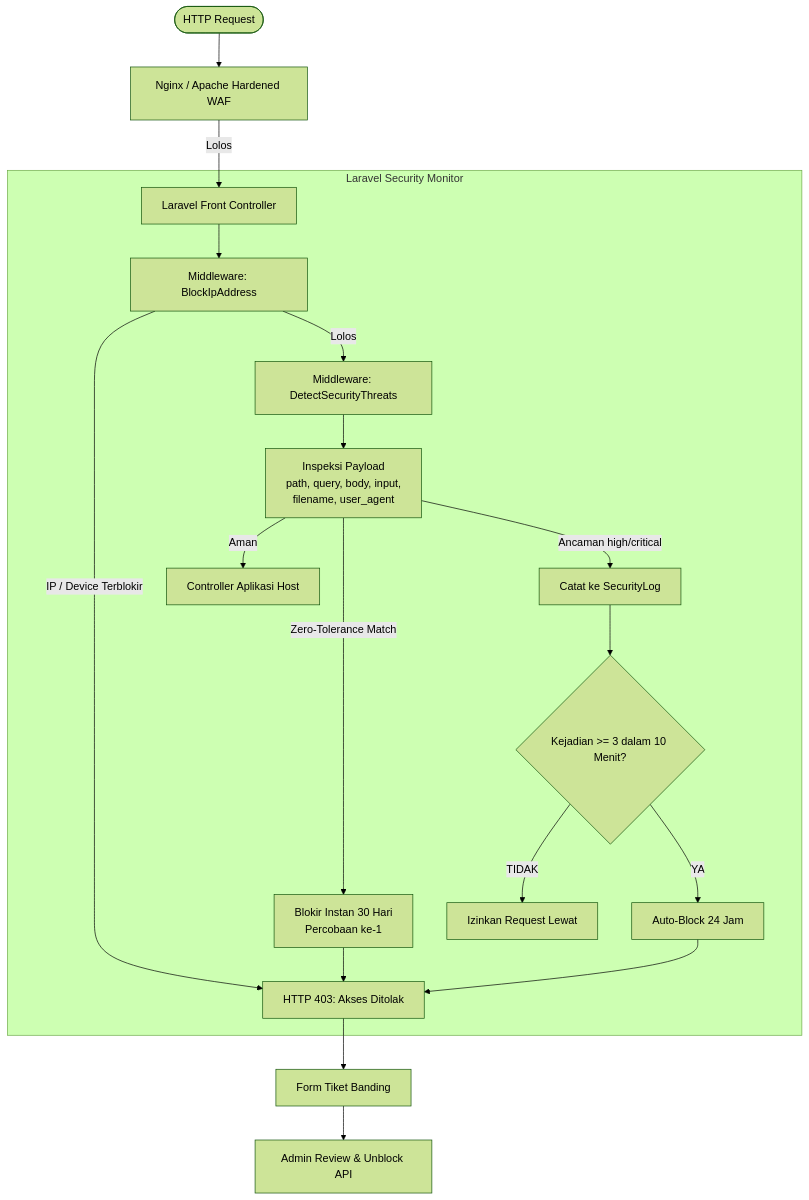
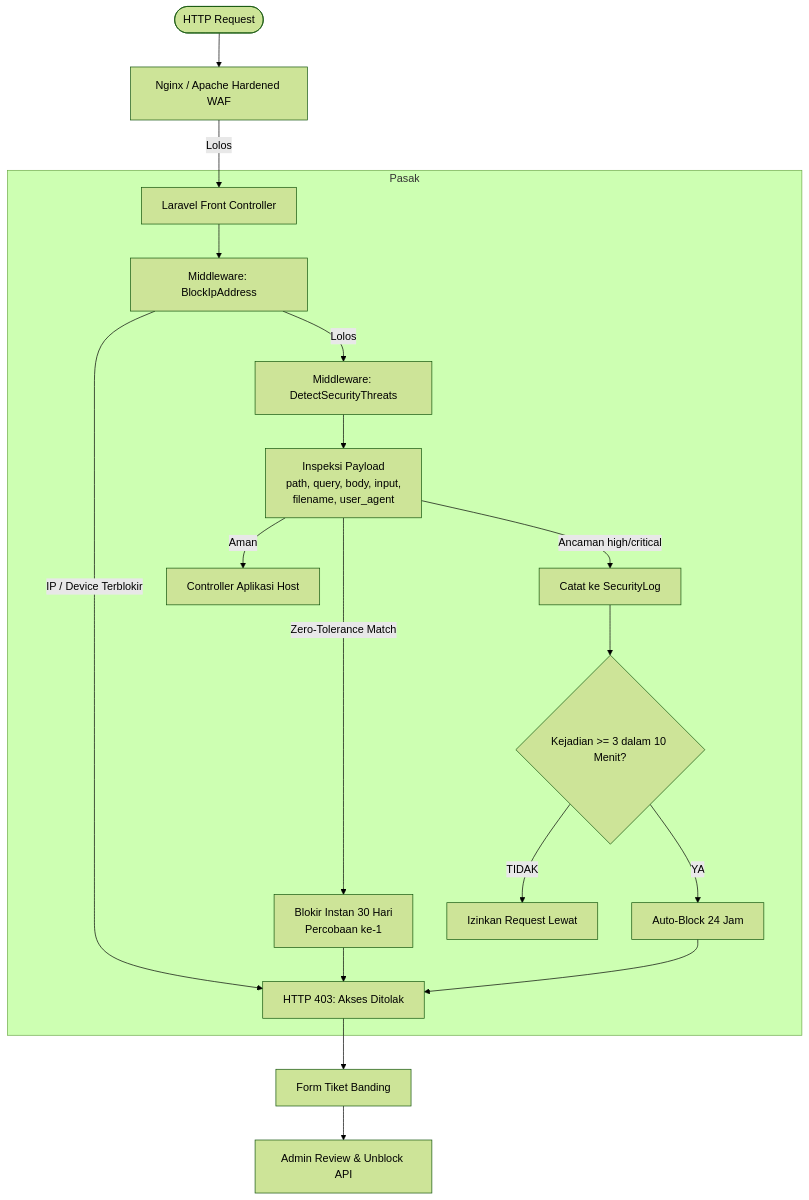
The diagram in web-docs/src/content/docs/index.mdx (robyajo/pasak), drawn with Mermaid (forest theme) before and after one commit. The commit also changed other lines of this file and 189 other files, not shown here.

````diff
--- a/web-docs/src/content/docs/index.mdx
+++ b/web-docs/src/content/docs/index.mdx
@@ -111,23 +111,23 @@
 ```mermaid
 flowchart TD
     Client(["HTTP Request"]) --> Nginx["Nginx / Apache Hardened WAF"]
     Nginx -->|Lolos| PHP["Laravel Front Controller"]
 
-    subgraph LSM ["Laravel Security Monitor"]
+    subgraph LSM ["Pasak"]
         PHP --> BlockMW["Middleware: BlockIpAddress"]
         BlockMW -->|IP / Device Terblokir| Ret403["HTTP 403: Akses Ditolak"]
         BlockMW -->|Lolos| ThreatMW["Middleware: DetectSecurityThreats"]
         ThreatMW --> Inspect["Inspeksi Payload<br/>path, query, body, input,<br/>filename, user_agent"]
         Inspect -->|Zero-Tolerance Match| InstBlock["Blokir Instan 30 Hari<br/>Percobaan ke-1"]
         Inspect -->|Ancaman high/critical| Log["Catat ke SecurityLog"]
         Log --> Window{"Kejadian >= 3 dalam 10 Menit?"}
         Window -->|YA| AutoBlock["Auto-Block 24 Jam"]
         Window -->|TIDAK| Allow["Izinkan Request Lewat"]
         Inspect -->|Aman| App["Controller Aplikasi Host"]
     end
 
     InstBlock --> Ret403
     AutoBlock --> Ret403
     Ret403 --> Appeal["Form Tiket Banding"]
     Appeal --> Admin["Admin Review & Unblock API"]
 ```
````
